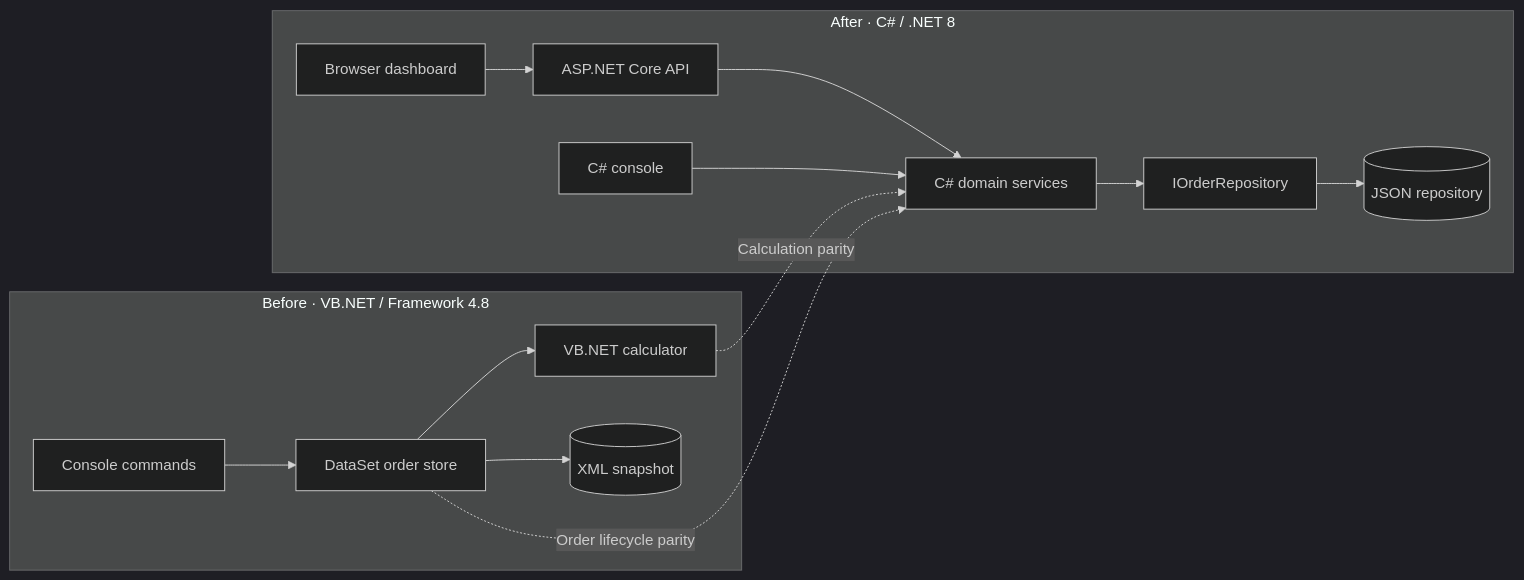
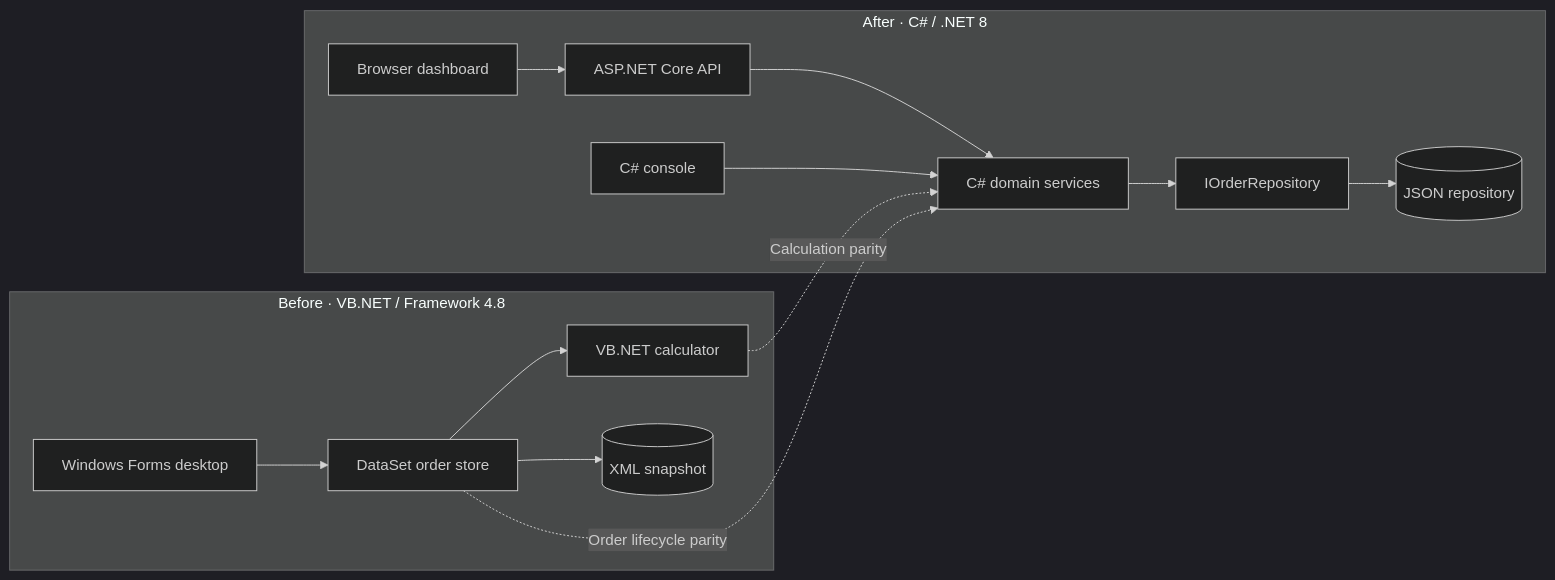
One commit to RyanHB123/vbnet-to-csharp-migration changed the diagram in README.md. Above: the diagram before and after it, drawn with Mermaid (dark theme). The commit also changed other lines of this file and 16 other files, not shown here.

````diff
--- a/README.md
+++ b/README.md
@@ -191,17 +177,17 @@
 ```mermaid
 flowchart LR
     subgraph Legacy["Before · VB.NET / Framework 4.8"]
-        L[Console commands] --> S[DataSet order store]
+        L[Windows Forms desktop] --> S[DataSet order store]
         S --> V[VB.NET calculator]
         S --> X[(XML snapshot)]
     end
     subgraph Modern["After · C# / .NET 8"]
         UI[Browser dashboard] --> API[ASP.NET Core API]
         API --> D[C# domain services]
         CLI[C# console] --> D
         D --> R[IOrderRepository]
         R --> J[(JSON repository)]
     end
     V -. Calculation parity .-> D
     S -. Order lifecycle parity .-> D
 ```
````
